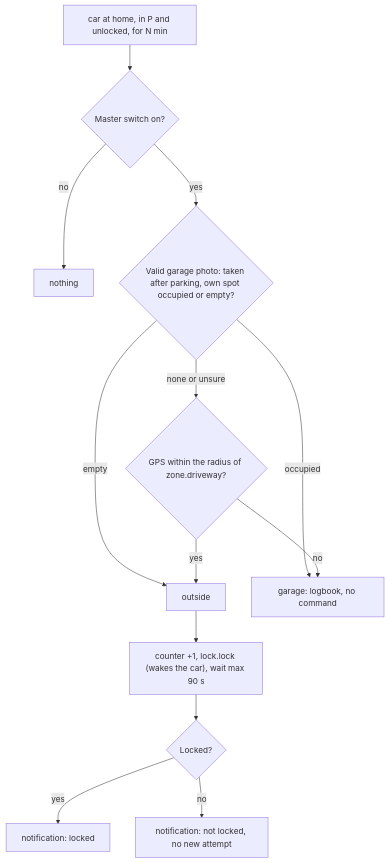
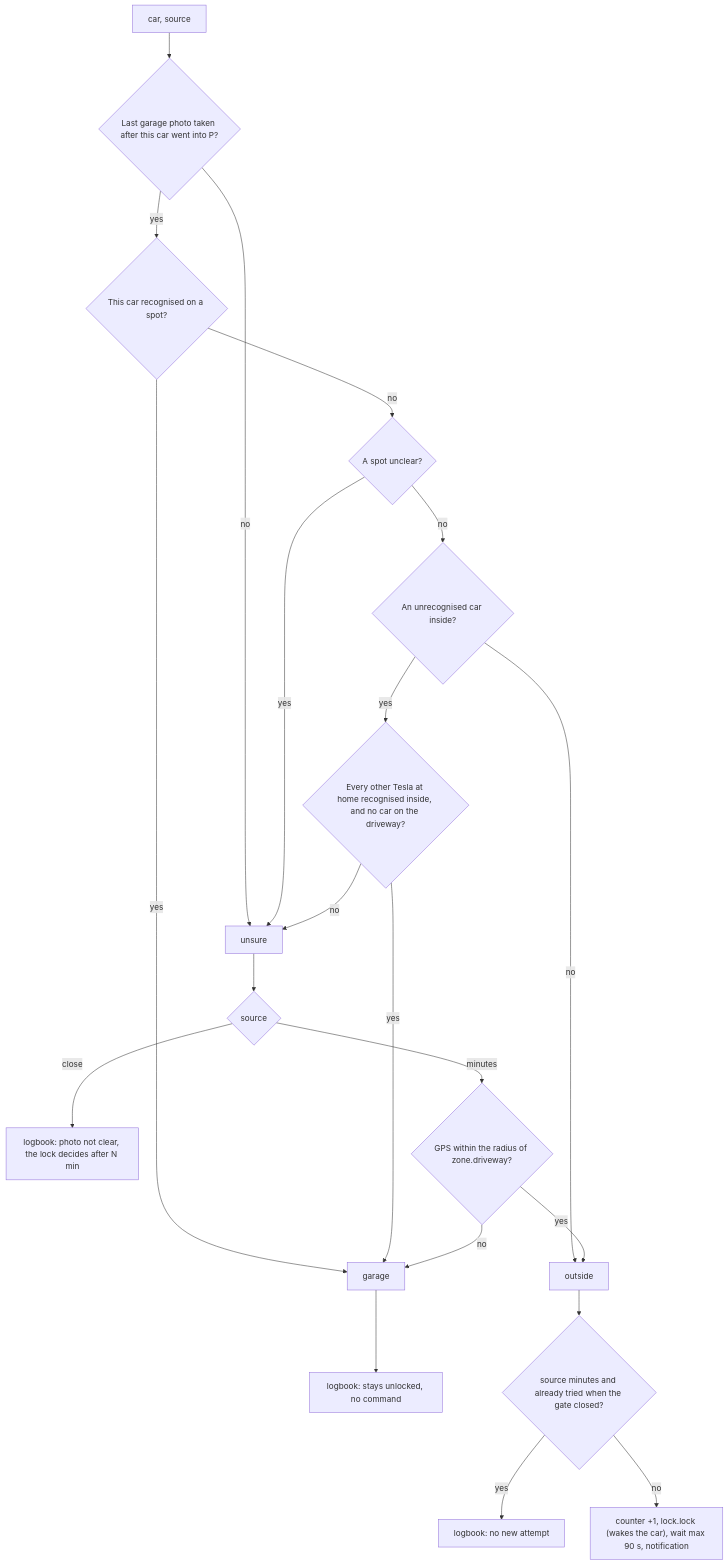
One commit to smwlms/ha-kit changed the second of 3 diagrams in modules/tesla-driveway-lock/LOGIC.md. Above: the diagram before and after it, drawn with Mermaid. The commit also changed other lines of this file and 10 other files, not shown here.

First line of the commit message:
fix(tesla-driveway-lock): decide by which car is in the garage, lock when the gate closes (#6)

````diff
--- a/modules/tesla-driveway-lock/LOGIC.md
+++ b/modules/tesla-driveway-lock/LOGIC.md
@@ -26,15 +38,23 @@
 ```mermaid
 flowchart TD
-  T["car at home, in P and unlocked, for N min"] --> H{"Master switch on?"}
-  H -- no --> X["nothing"]
-  H -- yes --> F{"Valid garage photo: taken after parking, own spot occupied or empty?"}
-  F -- empty --> B["outside"]
-  F -- occupied --> G["garage: logbook, no command"]
-  F -- "none or unsure" --> Z{"GPS within the radius of zone.driveway?"}
-  Z -- yes --> B
-  Z -- no --> G
-  B --> C["counter +1, lock.lock (wakes the car), wait max 90 s"]
-  C --> OK{"Locked?"}
-  OK -- yes --> M1["notification: locked"]
-  OK -- no --> M2["notification: not locked, no new attempt"]
+  S["car, source"] --> V{"Last garage photo taken after this car went into P?"}
+  V -- no --> U["unsure"]
+  V -- yes --> R{"This car recognised on a spot?"}
+  R -- yes --> GA["garage"]
+  R -- no --> Q{"A spot unclear?"}
+  Q -- yes --> U
+  Q -- no --> K{"An unrecognised car inside?"}
+  K -- no --> O["outside"]
+  K -- yes --> M{"Every other Tesla at home recognised inside, and no car on the driveway?"}
+  M -- yes --> GA
+  M -- no --> U
+  U --> SRC{"source"}
+  SRC -- close --> LOGU["logbook: photo not clear, the lock decides after N min"]
+  SRC -- minutes --> Z{"GPS within the radius of zone.driveway?"}
+  Z -- yes --> O
+  Z -- no --> GA
+  GA --> LOGG["logbook: stays unlocked, no command"]
+  O --> T{"source minutes and already tried when the gate closed?"}
+  T -- yes --> LOGT["logbook: no new attempt"]
+  T -- no --> LOCK["counter +1, lock.lock (wakes the car), wait max 90 s, notification"]
 ```
````
